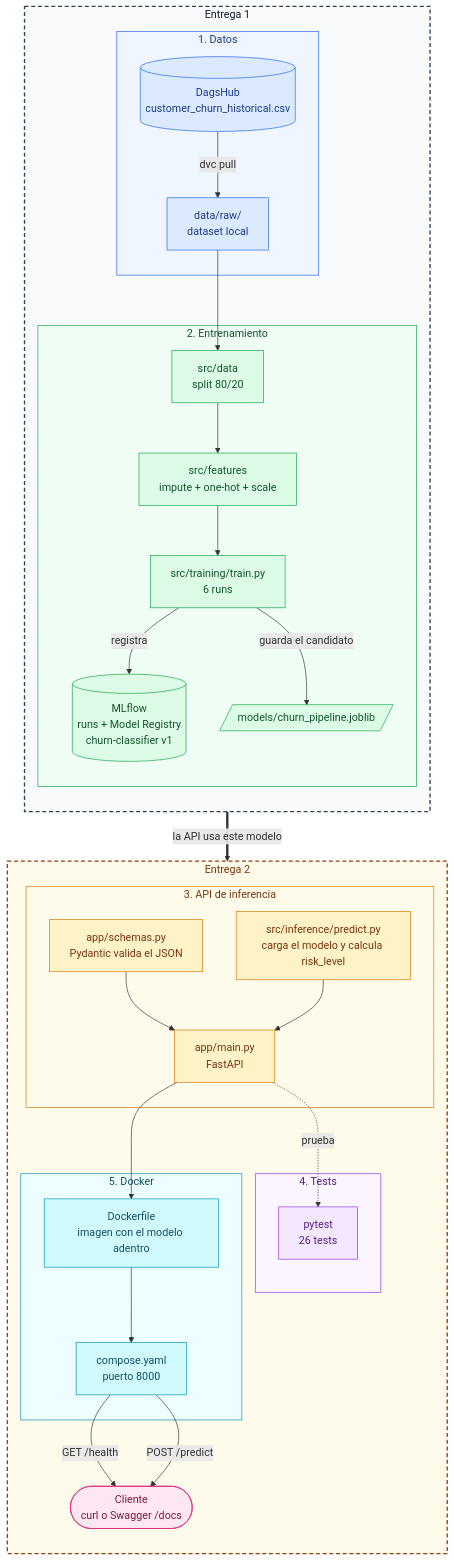
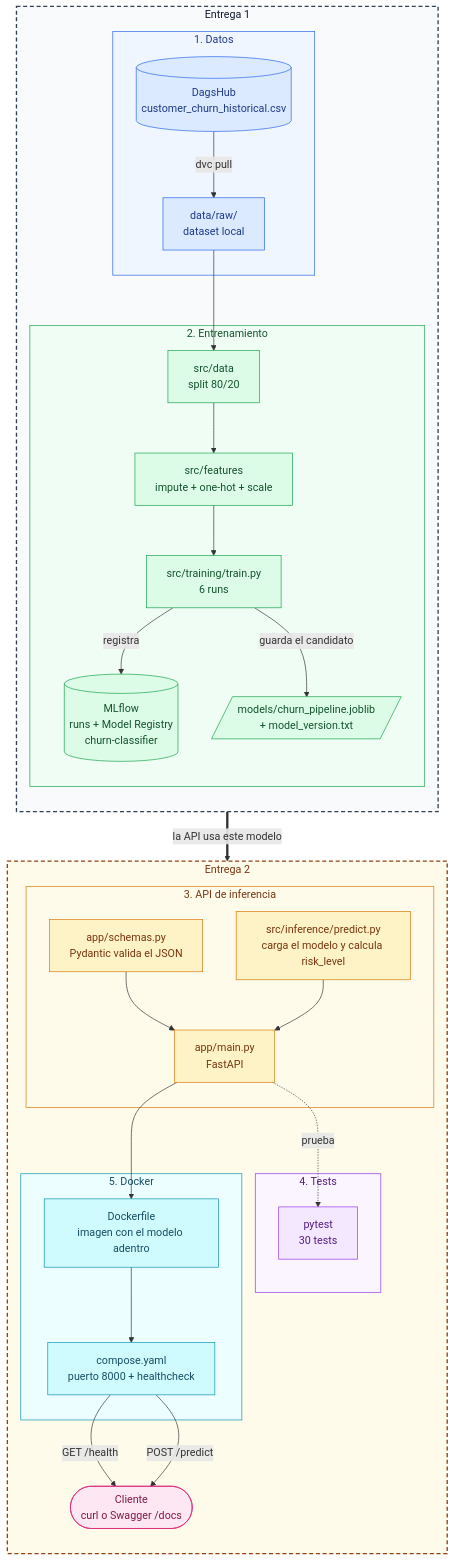
The diagram in README.md (javi2481/customer-churn-ml-j-a), drawn with Mermaid before and after one commit. The commit also changed other lines of this file, not shown here.

Commit message:
docs: documentar TotalCharges opcional, version dinamica y healthcheck

````diff
--- a/README.md
+++ b/README.md
@@ -20,72 +20,72 @@
 ```mermaid
 flowchart TD
     subgraph E1["Entrega 1"]
         direction TB
         subgraph DATOS["1. Datos"]
             A[("DagsHub<br/>customer_churn_historical.csv")]
             B["data/raw/<br/>dataset local"]
         end
 
         subgraph ENTRENAMIENTO["2. Entrenamiento"]
             C["src/data<br/>split 80/20"]
             D["src/features<br/>impute + one-hot + scale"]
             E["src/training/train.py<br/>6 runs"]
-            F[("MLflow<br/>runs + Model Registry<br/>churn-classifier v1")]
-            G[/"models/churn_pipeline.joblib"/]
+            F[("MLflow<br/>runs + Model Registry<br/>churn-classifier")]
+            G[/"models/churn_pipeline.joblib<br/>+ model_version.txt"/]
         end
     end
 
     subgraph E2["Entrega 2"]
         direction TB
         subgraph API["3. API de inferencia"]
             H["src/inference/predict.py<br/>carga el modelo y calcula risk_level"]
             I["app/schemas.py<br/>Pydantic valida el JSON"]
             J["app/main.py<br/>FastAPI"]
         end
 
         subgraph TESTS["4. Tests"]
-            K["pytest<br/>26 tests"]
+            K["pytest<br/>30 tests"]
         end
 
         subgraph DOCKER["5. Docker"]
             L["Dockerfile<br/>imagen con el modelo adentro"]
-            M["compose.yaml<br/>puerto 8000"]
+            M["compose.yaml<br/>puerto 8000 + healthcheck"]
         end
 
         N(["Cliente<br/>curl o Swagger /docs"])
     end
 
     A -->|dvc pull| B
     B --> C --> D --> E
     E -->|registra| F
     E -->|guarda el candidato| G
     G ==>|la API usa este modelo| H
     I --> J
     H --> J
     J -.->|prueba| K
     J --> L --> M
     M -->|GET /health| N
     M -->|POST /predict| N
 
     classDef datos fill:#dbeafe,stroke:#2563eb,color:#1e3a8a
     classDef train fill:#dcfce7,stroke:#16a34a,color:#14532d
     classDef api fill:#fef3c7,stroke:#d97706,color:#78350f
     classDef tests fill:#f3e8ff,stroke:#9333ea,color:#581c87
     classDef docker fill:#cffafe,stroke:#0891b2,color:#164e63
     classDef cliente fill:#fce7f3,stroke:#db2777,color:#831843
 
     class A,B datos
     class C,D,E,F,G train
     class H,I,J api
     class K tests
     class L,M docker
     class N cliente
 
     style E1 fill:#f8fafc,stroke:#334155,stroke-width:2px,stroke-dasharray:6 4,color:#0f172a
     style E2 fill:#fffbeb,stroke:#92400e,stroke-width:2px,stroke-dasharray:6 4,color:#78350f
     style DATOS fill:#eff6ff,stroke:#2563eb,color:#1e3a8a
     style ENTRENAMIENTO fill:#f0fdf4,stroke:#16a34a,color:#14532d
     style API fill:#fffbeb,stroke:#d97706,color:#78350f
     style TESTS fill:#faf5ff,stroke:#9333ea,color:#581c87
     style DOCKER fill:#ecfeff,stroke:#0891b2,color:#164e63
 ```
````
